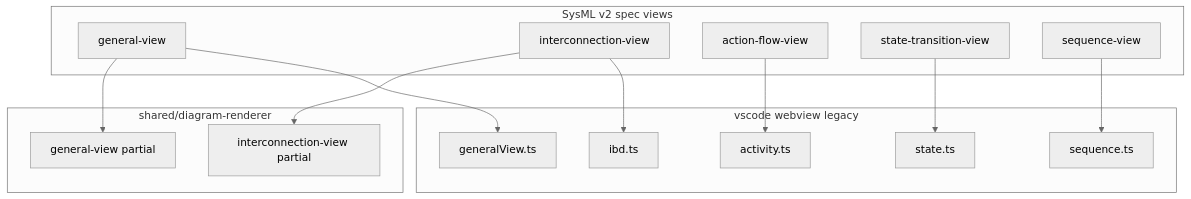
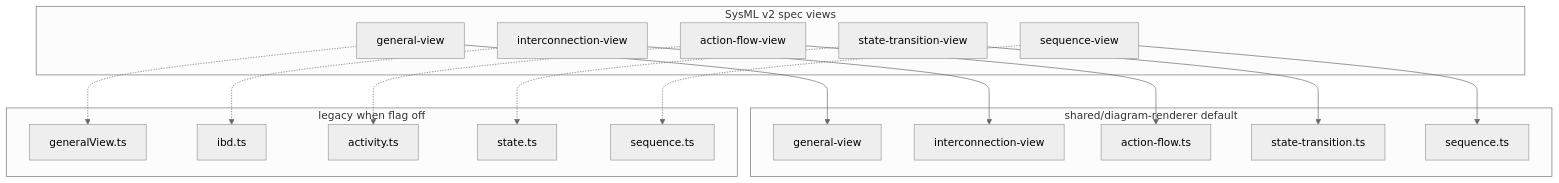
The diagram in docs/SHARED-DIAGRAM-RENDERER-AND-SPEC-CONFORMANCE.md (elan8/spec42), drawn with Mermaid (neutral theme) before and after one commit. The commit also changed other lines of this file and 29 other files, not shown here.

````diff
--- a/docs/SHARED-DIAGRAM-RENDERER-AND-SPEC-CONFORMANCE.md
+++ b/docs/SHARED-DIAGRAM-RENDERER-AND-SPEC-CONFORMANCE.md
@@ -103,28 +108,34 @@
 ```mermaid
 flowchart TB
   subgraph spec [SysML v2 spec views]
     GV[general-view]
     IV[interconnection-view]
     AF[action-flow-view]
     ST[state-transition-view]
     SQ[sequence-view]
   end
-  subgraph shared [shared/diagram-renderer]
-    SGV[general-view partial]
-    SIV[interconnection-view partial]
+  subgraph shared [shared/diagram-renderer default]
+    SGV[general-view]
+    SIV[interconnection-view]
+    SAF[action-flow.ts]
+    SST[state-transition.ts]
+    SSQ[sequence.ts]
   end
-  subgraph legacy [vscode webview legacy]
+  subgraph legacy [legacy when flag off]
     LGV[generalView.ts]
     LIBD[ibd.ts]
     LAF[activity.ts]
     LST[state.ts]
     LSQ[sequence.ts]
   end
   GV --> SGV
-  GV --> LGV
   IV --> SIV
-  IV --> LIBD
-  AF --> LAF
-  ST --> LST
-  SQ --> LSQ
+  AF --> SAF
+  ST --> SST
+  SQ --> SSQ
+  GV -.-> LGV
+  IV -.-> LIBD
+  AF -.-> LAF
+  ST -.-> LST
+  SQ -.-> LSQ
 ```
````
